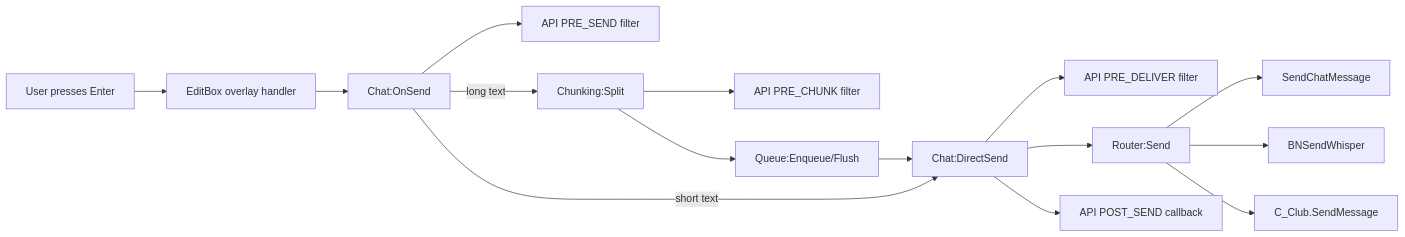
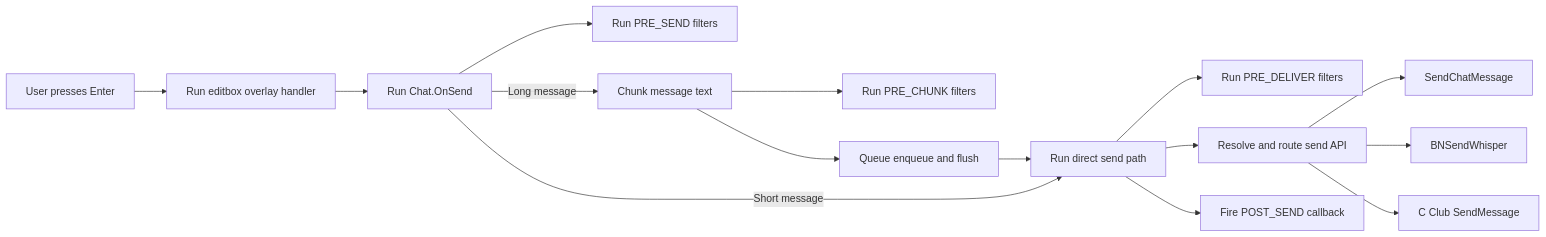
The second of 5 diagrams in Documentation/Architecture.md (TenaarFeiri/WoW-Yapper), drawn with Mermaid before and after one commit. The commit also changed other lines of this file and 1 other file, not shown here.

First line of the commit message:
docs: fix architecture mermaid parse robustness and expand yallm internals detail

````diff
--- a/Documentation/Architecture.md
+++ b/Documentation/Architecture.md
@@ -106,17 +106,17 @@
 ```mermaid
 flowchart LR
-    U[User presses Enter] --> E[EditBox overlay handler]
-    E --> C[Chat:OnSend]
-    C --> F1[API PRE_SEND filter]
-    C -->|long text| CH[Chunking:Split]
-    CH --> F2[API PRE_CHUNK filter]
-    CH --> Q[Queue:Enqueue/Flush]
-    C -->|short text| D[Chat:DirectSend]
+    U["User presses Enter"] --> E["Run editbox overlay handler"]
+    E --> C["Run Chat.OnSend"]
+    C --> F1["Run PRE_SEND filters"]
+    C -->|Long message| CH["Chunk message text"]
+    CH --> F2["Run PRE_CHUNK filters"]
+    CH --> Q["Queue enqueue and flush"]
+    C -->|Short message| D["Run direct send path"]
     Q --> D
-    D --> F3[API PRE_DELIVER filter]
-    D --> R[Router:Send]
-    R --> W1[SendChatMessage]
-    R --> W2[BNSendWhisper]
-    R --> W3[C_Club.SendMessage]
-    D --> CB[API POST_SEND callback]
+    D --> F3["Run PRE_DELIVER filters"]
+    D --> R["Resolve and route send API"]
+    R --> W1["SendChatMessage"]
+    R --> W2["BNSendWhisper"]
+    R --> W3["C Club SendMessage"]
+    D --> CB["Fire POST_SEND callback"]
 ```
````
